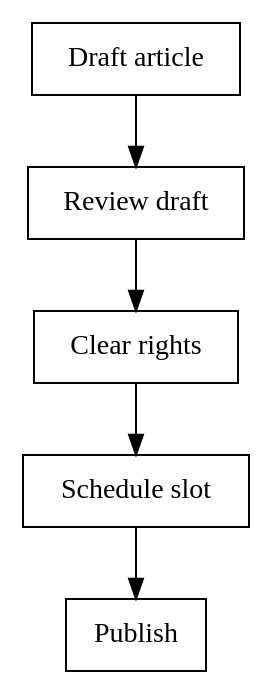
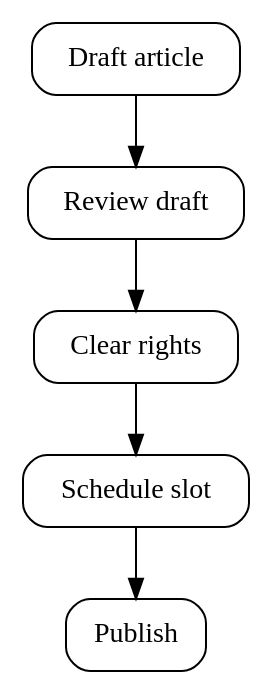
Before and after one commit to xberg-io/test_documents: the diagram in ground_truth/dot/plantuml_swimlane.dot, drawn with Graphviz. The commit also changed 40 other files, not shown here.

First line of the commit message:
feat(diagrams): add vector PDF fixtures and harden geometry variants

```diff
--- a/ground_truth/dot/plantuml_swimlane.dot
+++ b/ground_truth/dot/plantuml_swimlane.dot
@@ -1,14 +1,14 @@
 digraph plantuml_swimlane {
   // "Author", "Editor" and "Legal" are swimlane headers labelling a band that spans the whole
   // drawing. A band is not a node; reporting one is a false positive. The unlabelled start and
   // stop markers are out of scope for label-keyed ground truth, as in plantuml_activity.
-  "Draft article" [shape=box];
-  "Review draft" [shape=box];
-  "Clear rights" [shape=box];
-  "Schedule slot" [shape=box];
-  "Publish" [shape=box];
+  "Draft article" [shape=box style=rounded];
+  "Review draft" [shape=box style=rounded];
+  "Clear rights" [shape=box style=rounded];
+  "Schedule slot" [shape=box style=rounded];
+  "Publish" [shape=box style=rounded];
   "Draft article" -> "Review draft";
   "Review draft" -> "Clear rights";
   "Clear rights" -> "Schedule slot";
   "Schedule slot" -> "Publish";
 }
```
